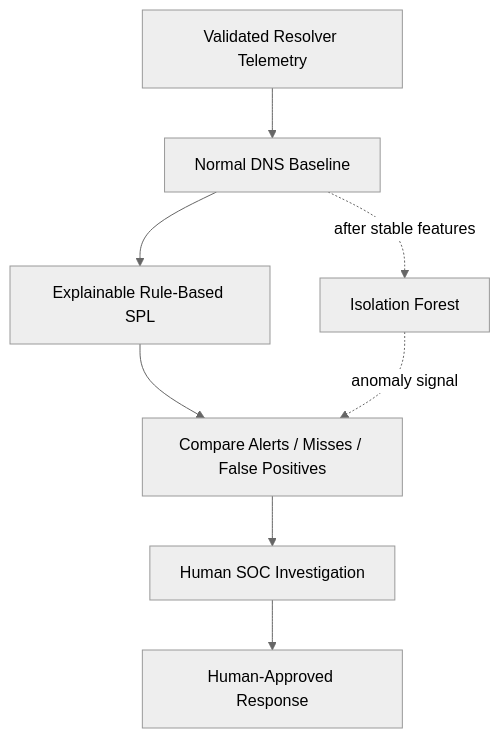
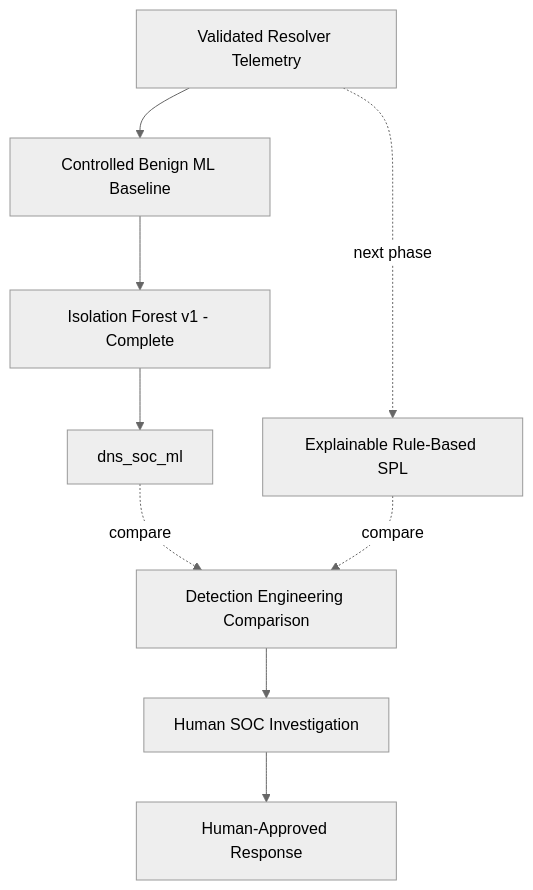
One commit to DNSentinel-Lab/Scenario-02-DGA changed the second of 2 diagrams in README.md. Above: the diagram before and after it, drawn with Mermaid (neutral theme). The commit also changed other lines of this file and 7 other files, not shown here.

Commit message:
docs(scenario): close the ML engineering phase

````diff
--- a/README.md
+++ b/README.md
@@ -93,10 +110,11 @@
 ```mermaid
 flowchart TB
-    DNS[Validated Resolver Telemetry] --> BASE[Normal DNS Baseline]
-    BASE --> SPL[Explainable Rule-Based SPL]
-    BASE -. after stable features .-> ML[Isolation Forest]
-    SPL --> CMP[Compare Alerts / Misses / False Positives]
-    ML -. anomaly signal .-> CMP
+    DNS[Validated Resolver Telemetry] --> MLBASE[Controlled Benign ML Baseline]
+    MLBASE --> ML[Isolation Forest v1 - Complete]
+    DNS -. next phase .-> SPL[Explainable Rule-Based SPL]
+    ML --> MLI[dns_soc_ml]
+    MLI -. compare .-> CMP[Detection Engineering Comparison]
+    SPL -. compare .-> CMP
     CMP --> SOC[Human SOC Investigation]
     SOC --> IR[Human-Approved Response]
 ```
````
